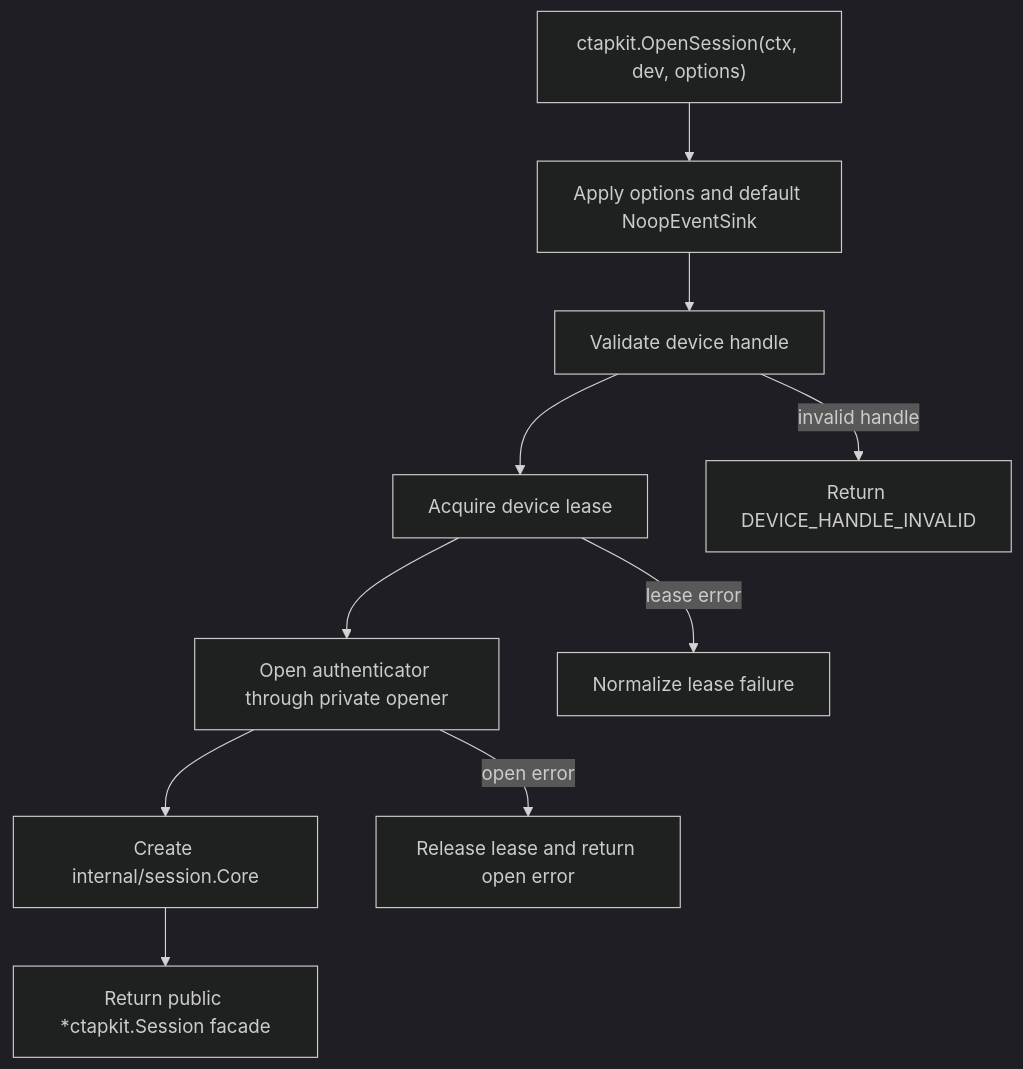
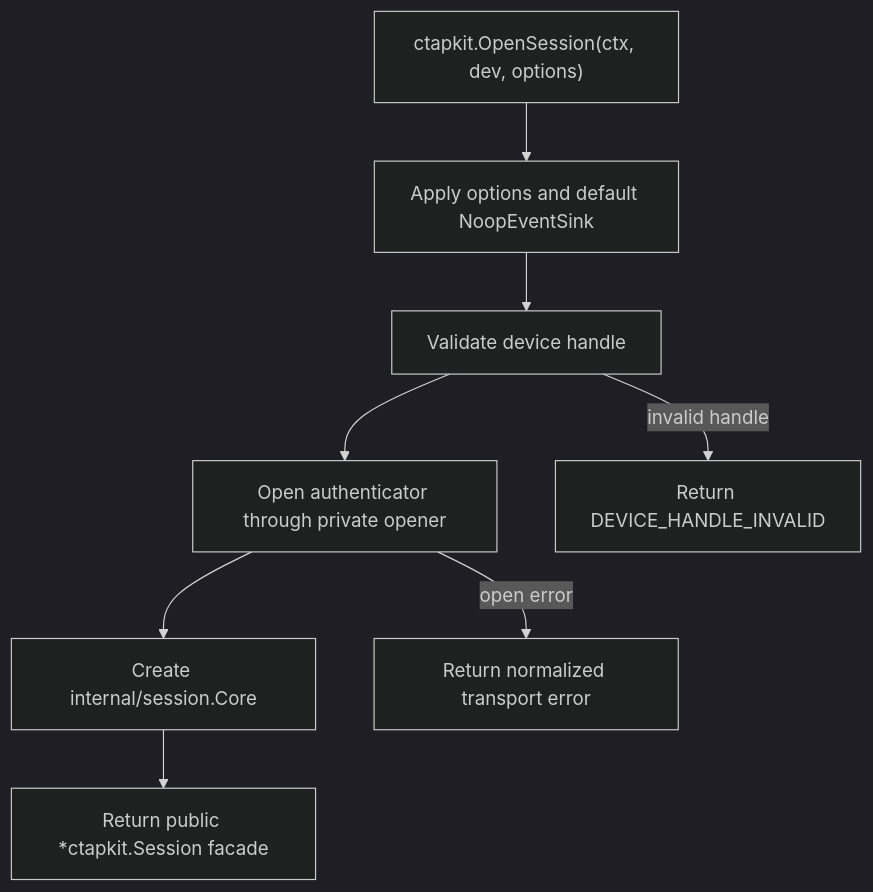
The first of 5 diagrams in docs/current-runtime-flows.md (go-ctap/kit), drawn with Mermaid (dark theme) before and after one commit. The commit also changed other lines of this file and 18 other files, not shown here.

````diff
--- a/docs/current-runtime-flows.md
+++ b/docs/current-runtime-flows.md
@@ -65,13 +63,11 @@
 ```mermaid
 flowchart TD
   A["ctapkit.OpenSession(ctx, dev, options)"] --> B["Apply options and default NoopEventSink"]
   B --> C["Validate device handle"]
-  C --> D["Acquire device lease"]
-  D --> F["Open authenticator through private opener"]
+  C --> F["Open authenticator through private opener"]
   F --> G["Create internal/session.Core"]
   G --> H["Return public *ctapkit.Session facade"]
 
   C -->|invalid handle| X["Return DEVICE_HANDLE_INVALID"]
-  D -->|lease error| Z["Normalize lease failure"]
-  F -->|open error| Y["Release lease and return open error"]
+  F -->|open error| Y["Return normalized transport error"]
 ```
````
